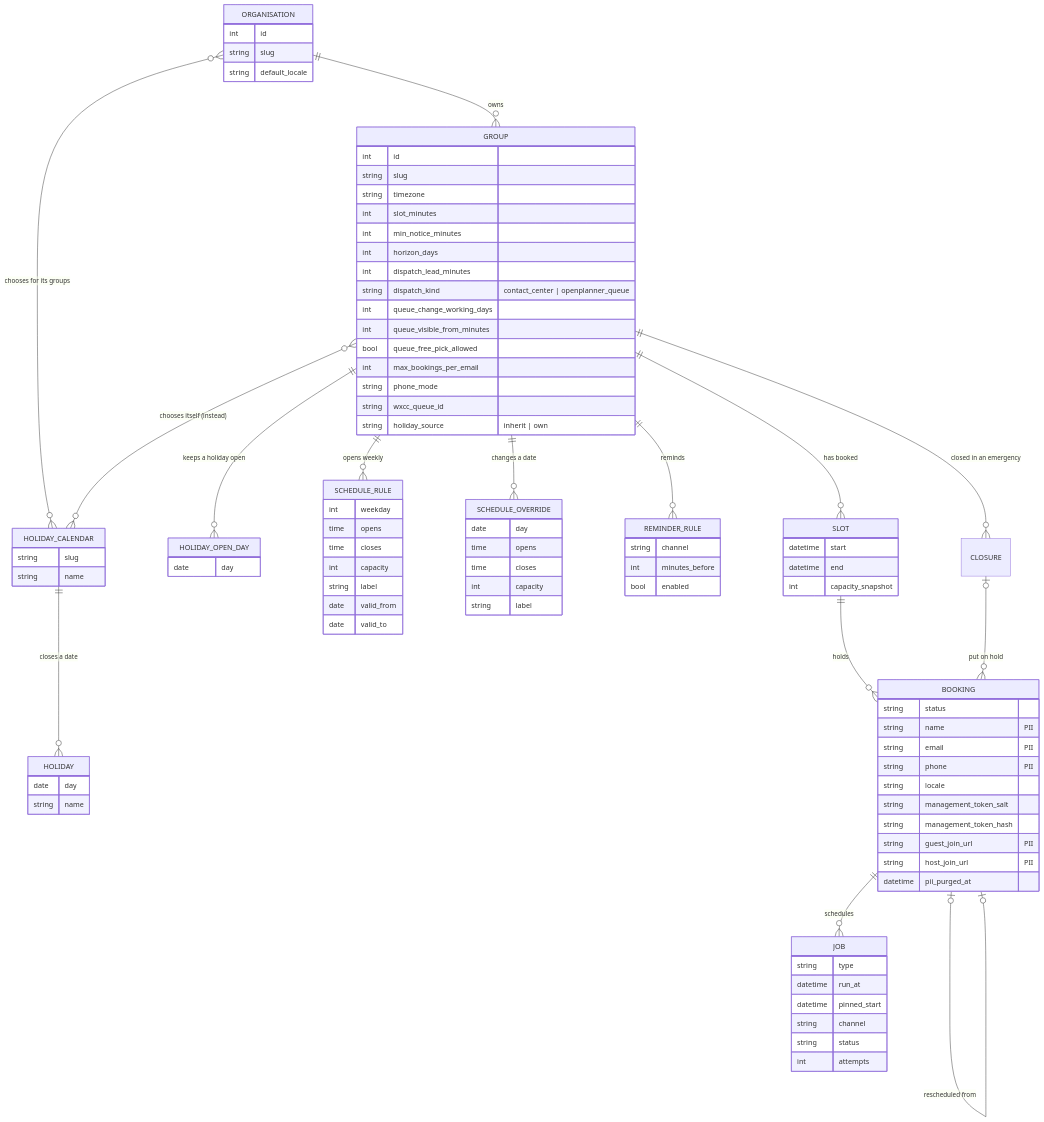
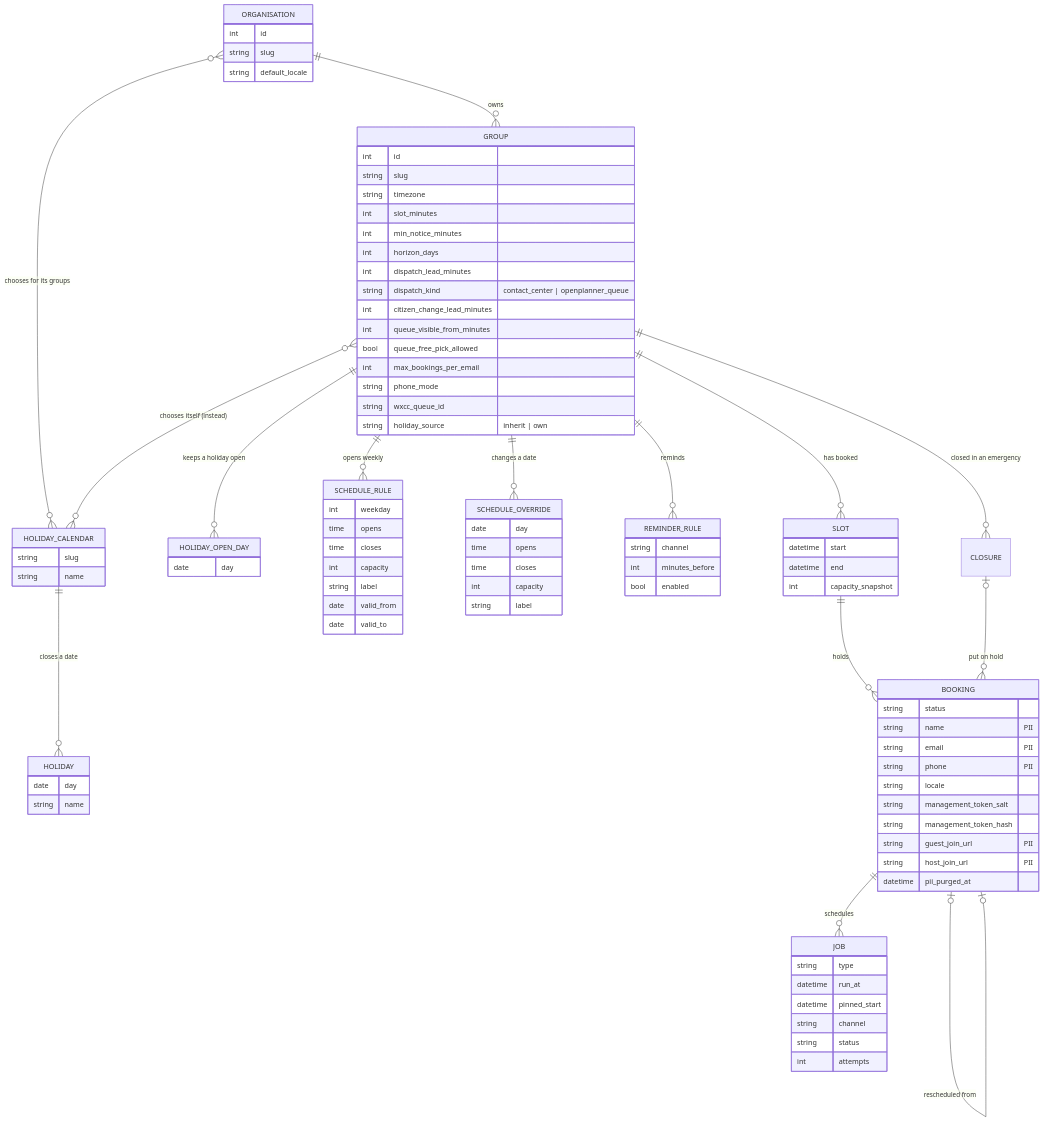
One commit to 3Corners-Labs/OpenPlanner changed the fifth of 14 diagrams in docs/architecture.md. Above: the diagram before and after it, drawn with Mermaid. The commit also changed other lines of this file and 18 other files, not shown here.

First line of the commit message:
feat(booking): citizen cancels until the start and moves until a lead per group (ADR 0068)

```diff
--- a/docs/architecture.md
+++ b/docs/architecture.md
@@ -313,7 +313,7 @@
         int horizon_days
         int dispatch_lead_minutes
         string dispatch_kind "contact_center | openplanner_queue"
-        int queue_change_working_days
+        int citizen_change_lead_minutes
         int queue_visible_from_minutes
         bool queue_free_pick_allowed
         int max_bookings_per_email
```
